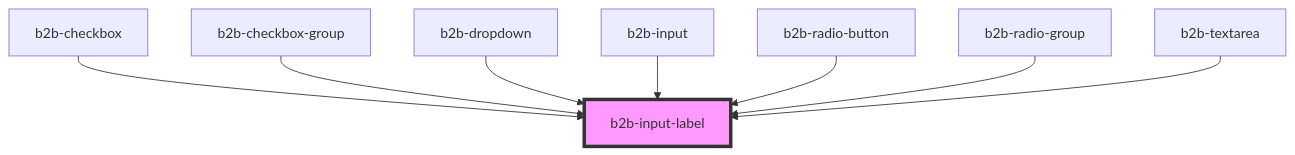
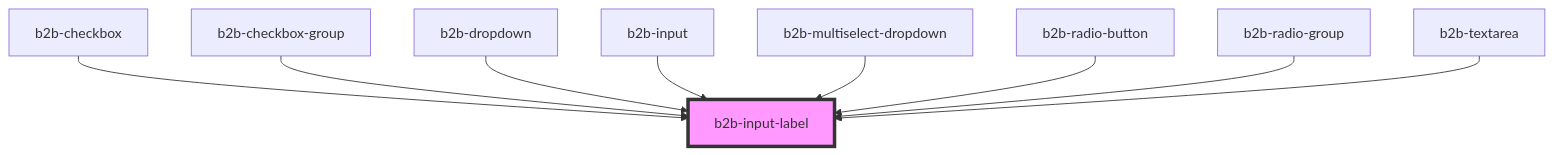
Before and after one commit to otto-de/b2b-design-system: the diagram in packages/core-components/src/components/input-label/readme.md, drawn with Mermaid. The commit also changed other lines of this file and 13 other files, not shown here.

Commit message:
feat(Multiselect Dropdown): [B2BDS-219] added multiselect dropdown component

````diff
--- a/packages/core-components/src/components/input-label/readme.md
+++ b/packages/core-components/src/components/input-label/readme.md
@@ -29,11 +30,12 @@
 ```mermaid
 graph TD;
   b2b-checkbox --> b2b-input-label
   b2b-checkbox-group --> b2b-input-label
   b2b-dropdown --> b2b-input-label
   b2b-input --> b2b-input-label
+  b2b-multiselect-dropdown --> b2b-input-label
   b2b-radio-button --> b2b-input-label
   b2b-radio-group --> b2b-input-label
   b2b-textarea --> b2b-input-label
   style b2b-input-label fill:#f9f,stroke:#333,stroke-width:4px
 ```
````
